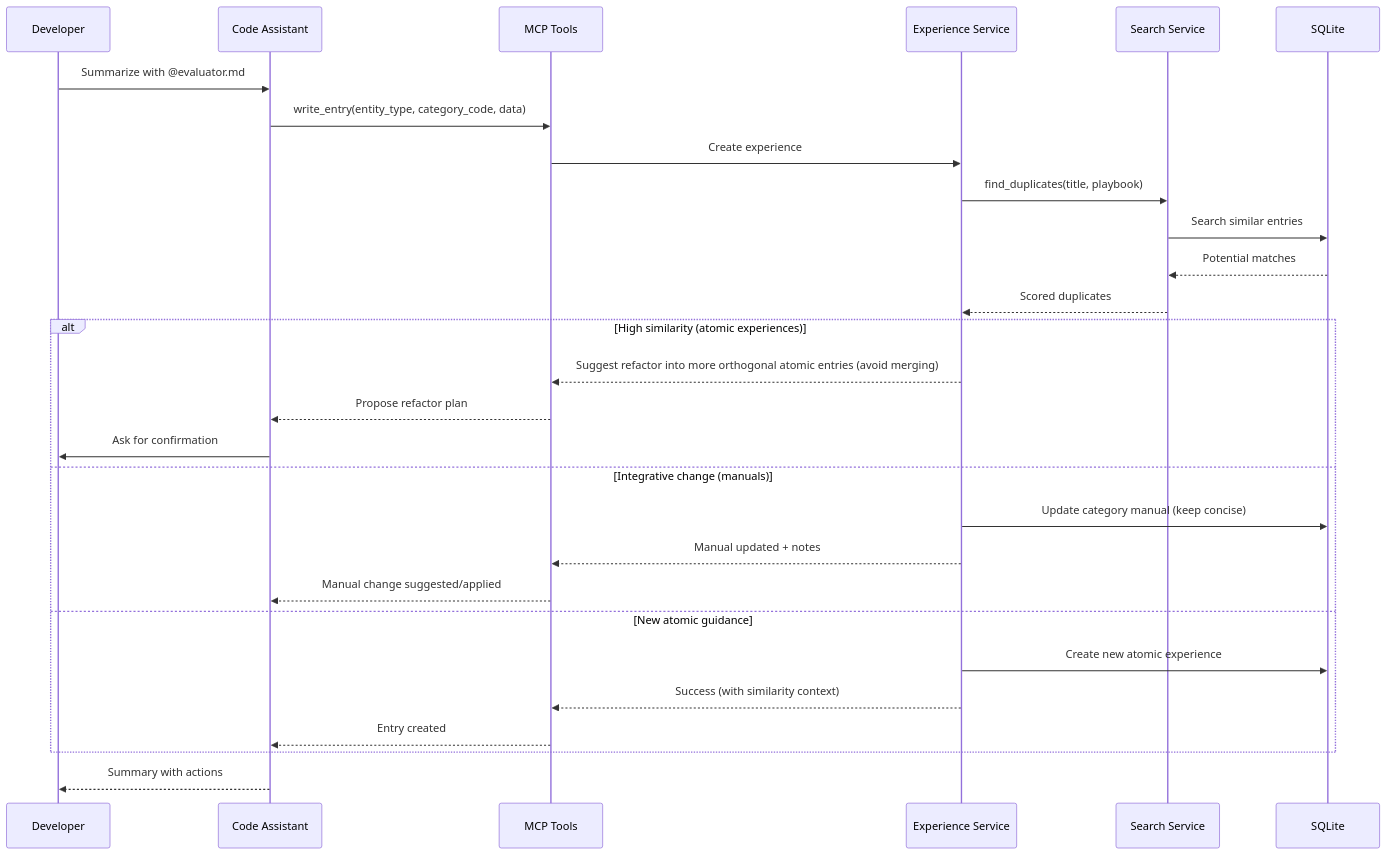
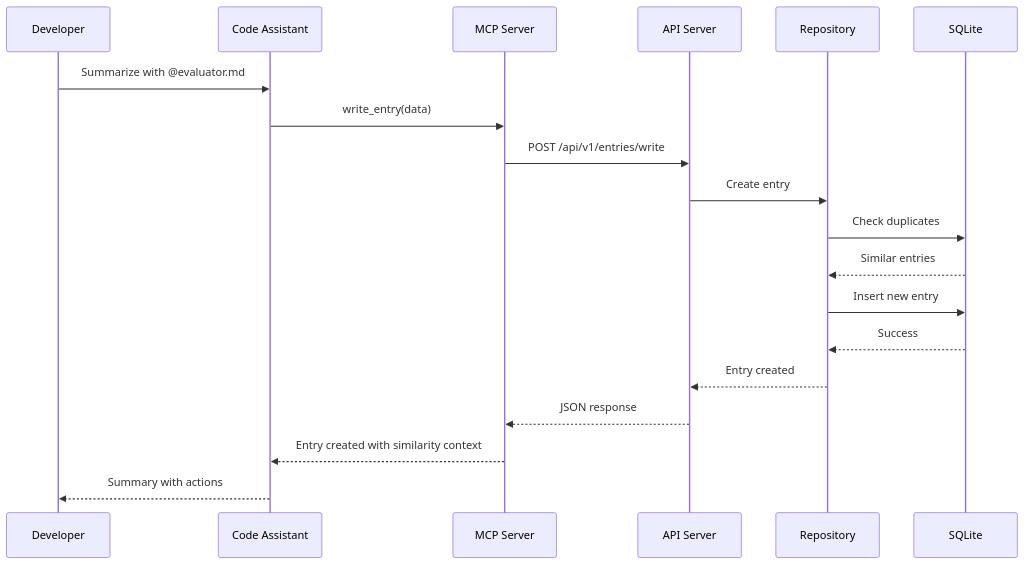
One commit to tyouritsugun/curated-heuristic-loop changed the third of 4 diagrams in doc/architecture.md. Above: the diagram before and after it, drawn with Mermaid. The commit also changed other lines of this file and 143 other files, not shown here.

````diff
--- a/doc/architecture.md
+++ b/doc/architecture.md
@@ -92,34 +201,25 @@
 ```mermaid
 sequenceDiagram
     participant Dev as Developer
     participant LLM as Code Assistant
-    participant MCP as MCP Tools
-    participant ES as Experience Service
-    participant SS as Search Service
+    participant MCP as MCP Server
+    participant API as API Server
+    participant REPO as Repository
     participant DB as SQLite
 
     Dev->>LLM: Summarize with @evaluator.md
-    LLM->>MCP: write_entry(entity_type, category_code, data)
-    MCP->>ES: Create experience
+    LLM->>MCP: write_entry(data)
+    MCP->>API: POST /api/v1/entries/write
+    API->>REPO: Create entry
 
-    ES->>SS: find_duplicates(title, playbook)
-    SS->>DB: Search similar entries
-    DB-->>SS: Potential matches
-    SS-->>ES: Scored duplicates
+    REPO->>DB: Check duplicates
+    DB-->>REPO: Similar entries
+    REPO->>DB: Insert new entry
+    DB-->>REPO: Success
 
-    alt High similarity (atomic experiences)
-        ES-->>MCP: Suggest refactor into more orthogonal atomic entries (avoid merging)
-        MCP-->>LLM: Propose refactor plan
-        LLM->>Dev: Ask for confirmation
-    else Integrative change (manuals)
-        ES->>DB: Update category manual (keep concise)
-        ES-->>MCP: Manual updated + notes
-        MCP-->>LLM: Manual change suggested/applied
-    else New atomic guidance
-        ES->>DB: Create new atomic experience
-        ES-->>MCP: Success (with similarity context)
-        MCP-->>LLM: Entry created
-    end
+    REPO-->>API: Entry created
+    API-->>MCP: JSON response
+    MCP-->>LLM: Entry created with similarity context
 
     LLM-->>Dev: Summary with actions
 ```
````
